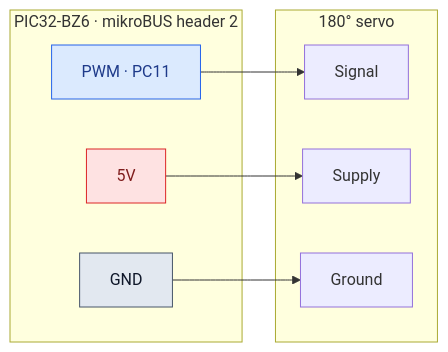
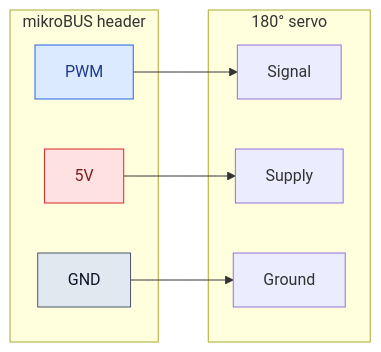
Before and after one commit to MicrochipTech/Bluetooth_LE_180_Servo_Motor_Control: the first of 3 diagrams in README.md, drawn with Mermaid. The commit also changed other lines of this file and 3 other files, not shown here.

````diff
--- a/README.md
+++ b/README.md
@@ -162,19 +144,19 @@
 ```mermaid
 flowchart LR
-    subgraph H["PIC32-BZ6 · mikroBUS header 2"]
-        P["PWM · PC11"]
+    subgraph H["mikroBUS header"]
+        P["PWM"]
         V["5V"]
         G["GND"]
     end
     subgraph S["180° servo"]
         SP["Signal"]
         SV["Supply"]
         SG["Ground"]
     end
     P --> SP
     V --> SV
     G --> SG
     style P fill:#dbeafe,stroke:#2563eb,color:#1e3a8a
     style V fill:#fee2e2,stroke:#dc2626,color:#7f1d1d
     style G fill:#e2e8f0,stroke:#475569,color:#0f172a
 ```
````
